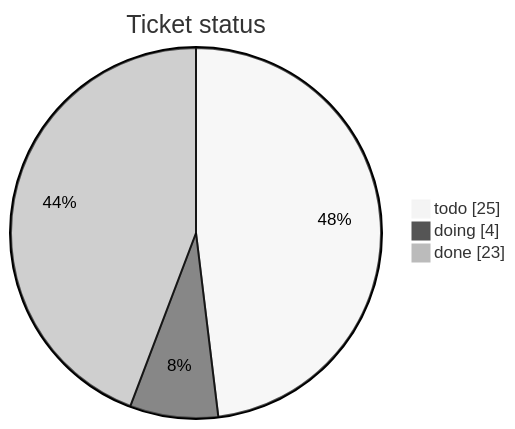
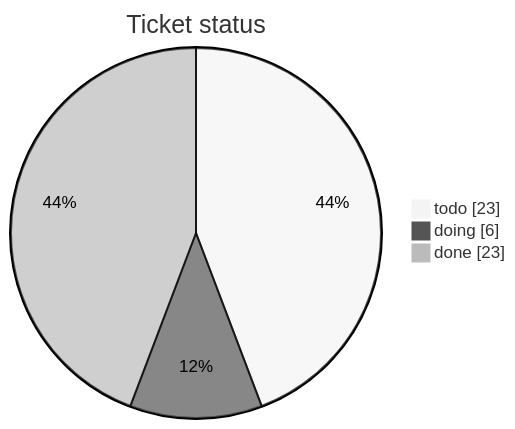
One commit to mohamed-soubhi/bootlab-esp changed the first of 3 diagrams in tickets/TICKETS.md. Above: the diagram before and after it, drawn with Mermaid (neutral theme). The commit also changed other lines of this file and 9 other files, not shown here.

````diff
--- a/tickets/TICKETS.md
+++ b/tickets/TICKETS.md
@@ -14,6 +14,6 @@
 ```mermaid
 pie showData title Ticket status
-    "todo" : 25
-    "doing" : 4
+    "todo" : 23
+    "doing" : 6
     "done" : 23
 ```
````
